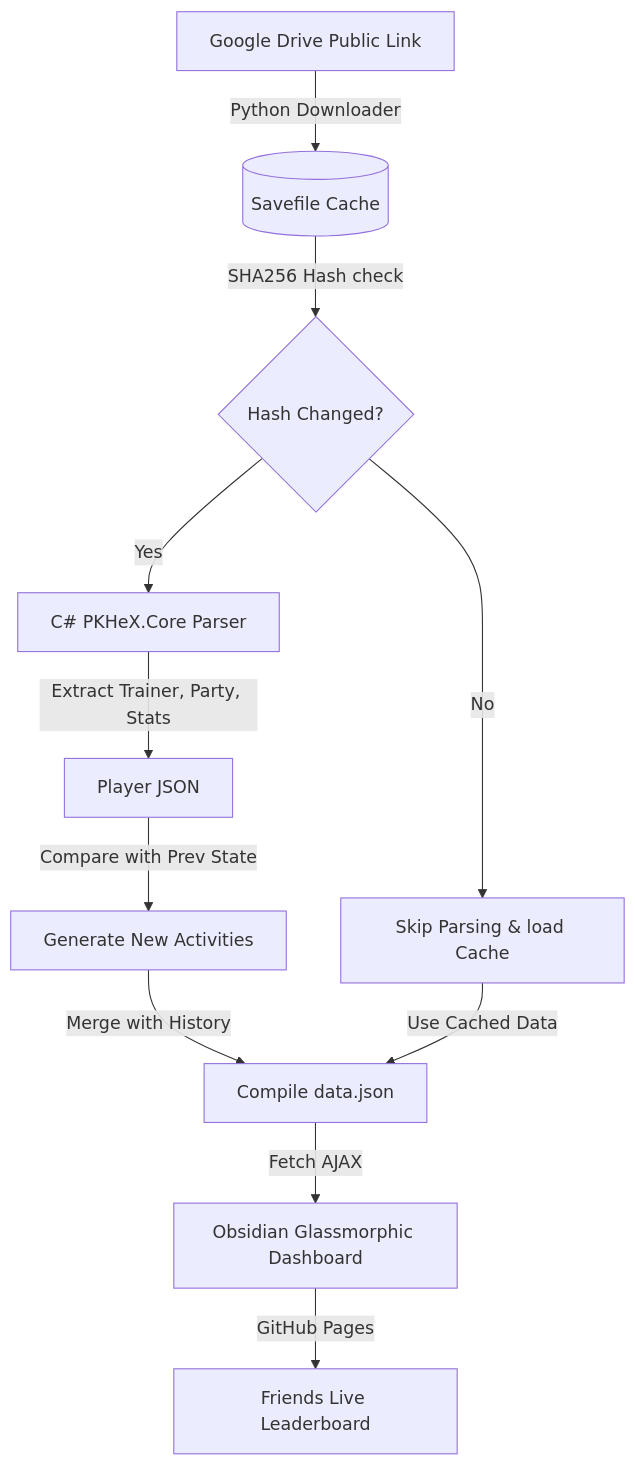
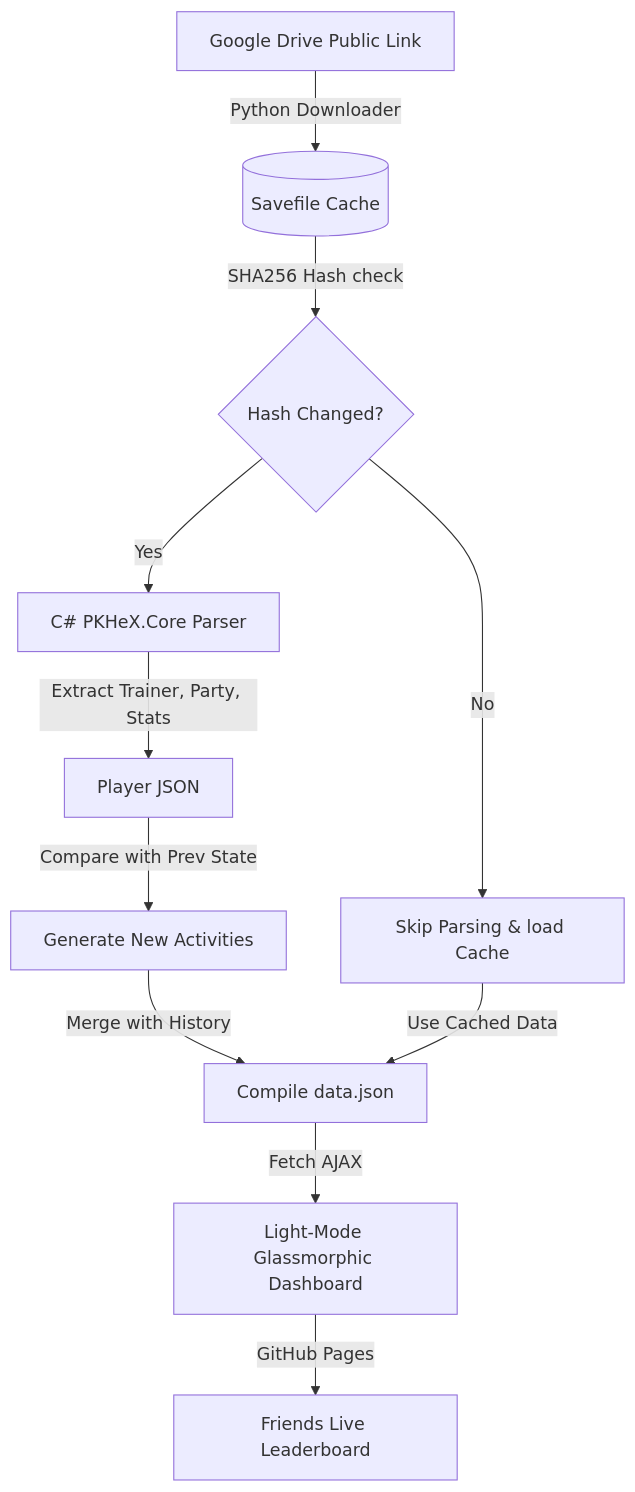
One commit to Duck-005/pokeTracker changed the diagram in README.md. Above: the diagram before and after it, drawn with Mermaid. The commit also changed other lines of this file and 42 other files, not shown here.

````diff
--- a/README.md
+++ b/README.md
@@ -11,13 +11,13 @@
 ```mermaid
 graph TD
     A[Google Drive Public Link] -->|Python Downloader| B[(Savefile Cache)]
     B -->|SHA256 Hash check| C{Hash Changed?}
     C -->|No| D[Skip Parsing & load Cache]
     C -->|Yes| E[C# PKHeX.Core Parser]
     E -->|Extract Trainer, Party, Stats| F[Player JSON]
     F -->|Compare with Prev State| G[Generate New Activities]
     G -->|Merge with History| H[Compile data.json]
     D -->|Use Cached Data| H
-    H -->|Fetch AJAX| I[Obsidian Glassmorphic Dashboard]
+    H -->|Fetch AJAX| I[Light-Mode Glassmorphic Dashboard]
     I -->|GitHub Pages| J[Friends Live Leaderboard]
 ```
````
